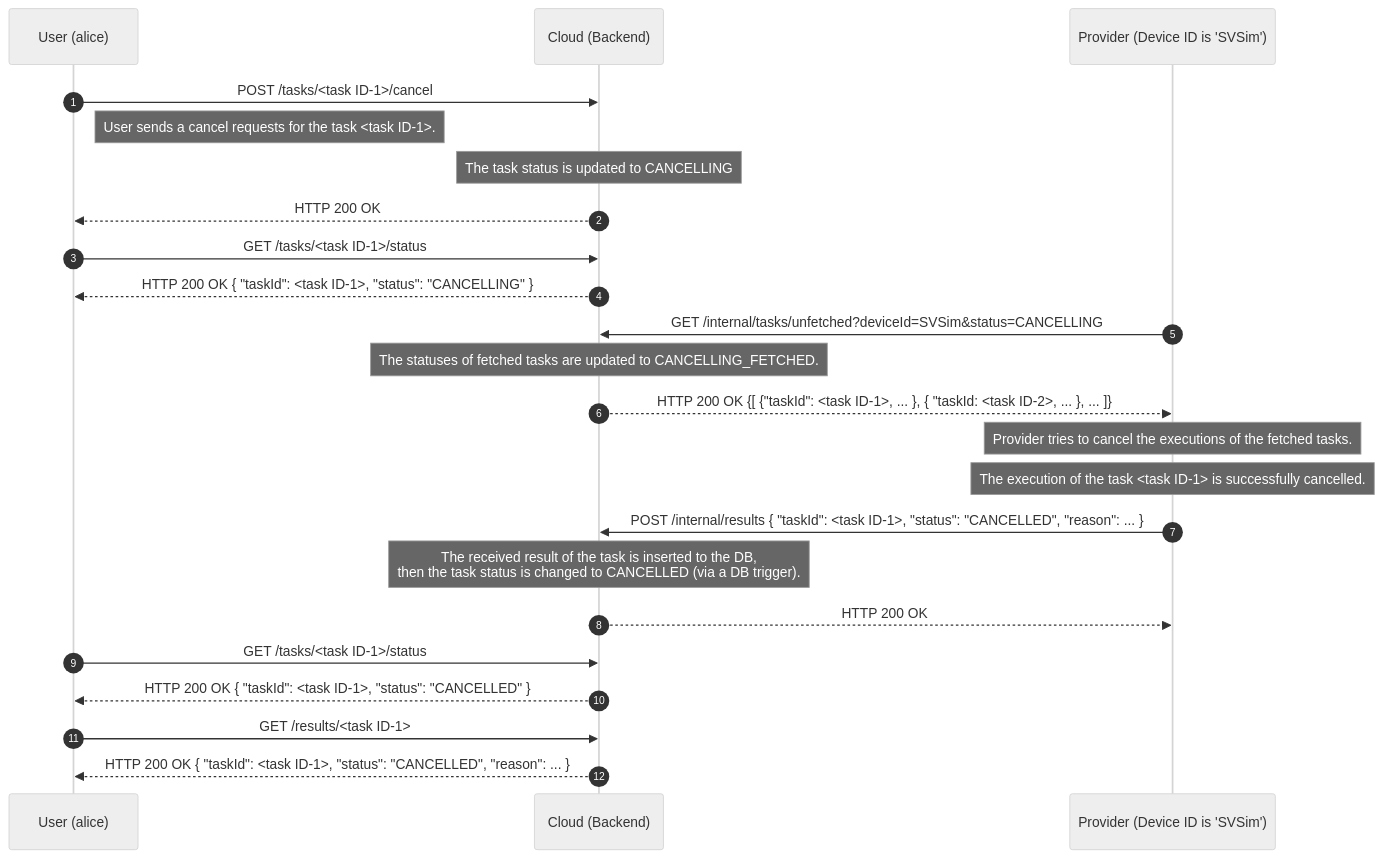
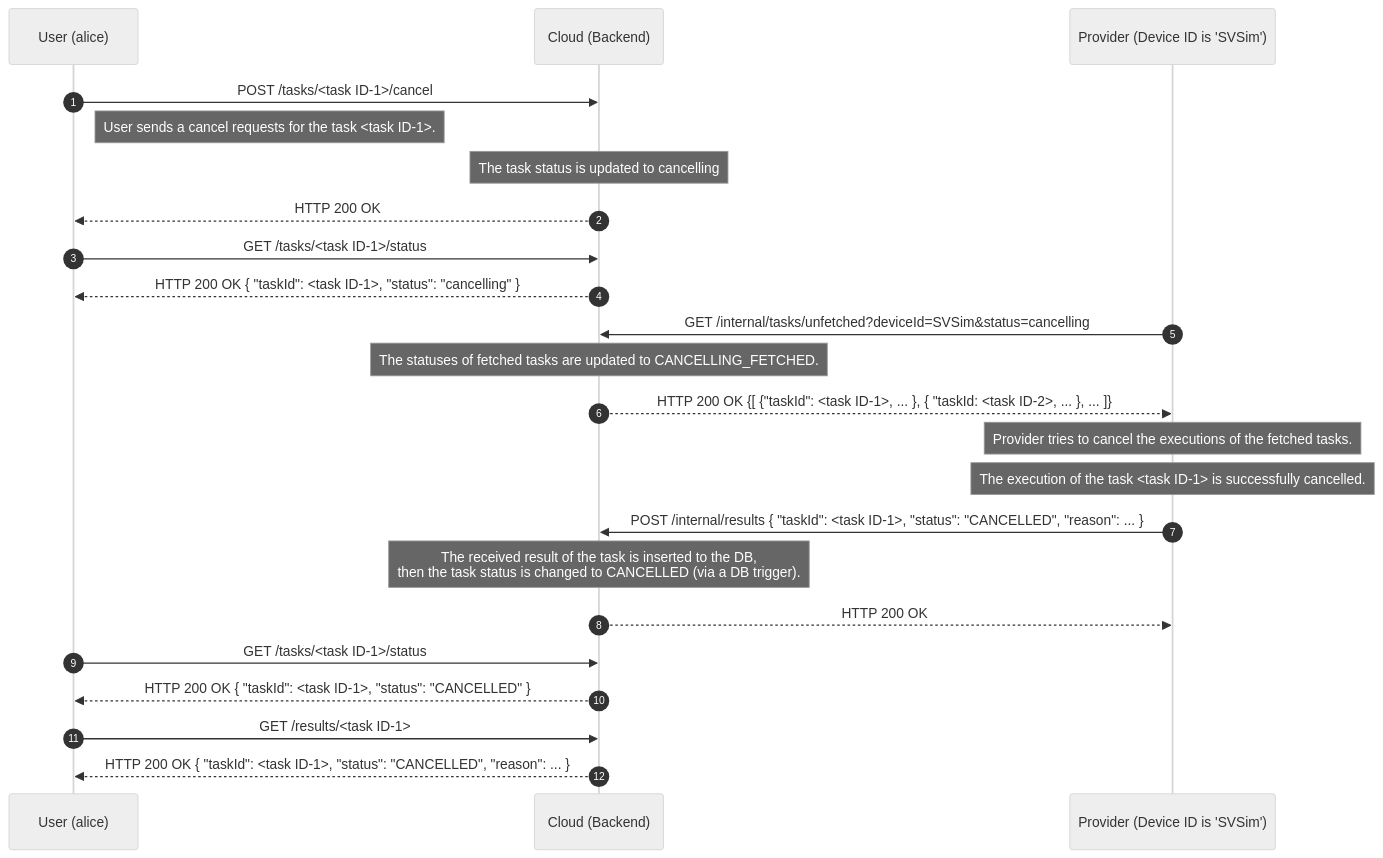
One commit to oqtopus-team/oqtopus-cloud changed the third of 3 diagrams in docs/en/architecture/sequence_diagram.md. Above: the diagram before and after it, drawn with Mermaid (neutral theme). The commit also changed other lines of this file and 38 other files, not shown here.

````diff
--- a/docs/en/architecture/sequence_diagram.md
+++ b/docs/en/architecture/sequence_diagram.md
@@ -154,32 +154,32 @@
 ```mermaid
 sequenceDiagram
     autonumber
     participant User as User (alice)
     participant Cloud as Cloud (Backend)
     participant Provider as Provider (Device ID is 'SVSim')
 
     User->>Cloud: POST /tasks/<task ID-1>/cancel
     Note right of User: User sends a cancel requests for the task <task ID-1>.
-    Note over Cloud: The task status is updated to CANCELLING
+    Note over Cloud: The task status is updated to cancelling
     Cloud-->>User: HTTP 200 OK
 
     User->>Cloud: GET /tasks/<task ID-1>/status
-    Cloud-->>User: HTTP 200 OK { "taskId": <task ID-1>, "status": "CANCELLING" }
+    Cloud-->>User: HTTP 200 OK { "taskId": <task ID-1>, "status": "cancelling" }
 
-    Provider->>Cloud: GET /internal/tasks/unfetched?deviceId=SVSim&status=CANCELLING
+    Provider->>Cloud: GET /internal/tasks/unfetched?deviceId=SVSim&status=cancelling
     Note over Cloud: The statuses of fetched tasks are updated to CANCELLING_FETCHED.
     Cloud-->>Provider: HTTP 200 OK {[ {"taskId": <task ID-1>, ... }, { "taskId: <task ID-2>, ... }, ... ]}
 
     Note over Provider: Provider tries to cancel the executions of the fetched tasks.
     Note over Provider: The execution of the task <task ID-1> is successfully cancelled.
     Provider->>Cloud: POST /internal/results { "taskId": <task ID-1>, "status": "CANCELLED", "reason": ... }
 
     Note over Cloud: The received result of the task is inserted to the DB,<br> then the task status is changed to CANCELLED (via a DB trigger).
     Cloud-->>Provider: HTTP 200 OK
 
     User->>Cloud: GET /tasks/<task ID-1>/status
     Cloud-->>User: HTTP 200 OK { "taskId": <task ID-1>, "status": "CANCELLED" }
 
     User->>Cloud: GET /results/<task ID-1>
     Cloud-->>User: HTTP 200 OK { "taskId": <task ID-1>, "status": "CANCELLED", "reason": ... }
 ```
````
